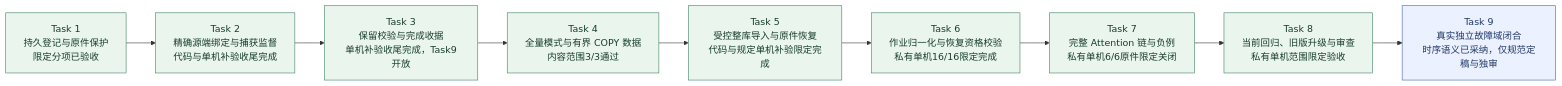
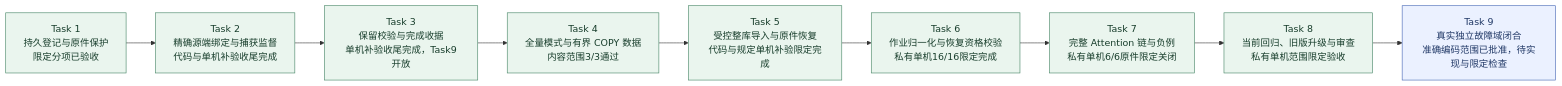
One commit to MansurnamedZhang/learning-system-p0c4 changed the second of 9 diagrams in docs/KnowWeave实施路线与系统架构.md. Above: the diagram before and after it, drawn with Mermaid. The commit also changed other lines of this file and 12 other files, not shown here.

````diff
--- a/docs/KnowWeave实施路线与系统架构.md
+++ b/docs/KnowWeave实施路线与系统架构.md
@@ -80,25 +80,25 @@
 ```mermaid
 flowchart LR
     C4T1["Task 1<br/>持久登记与原件保护<br/>限定分项已验收"]
     C4T2["Task 2<br/>精确源端绑定与捕获监督<br/>代码与单机补验收尾完成"]
     C4T3["Task 3<br/>保留校验与完成收据<br/>单机补验收尾完成，Task9开放"]
     C4T4["Task 4<br/>全量模式与有界 COPY 数据<br/>内容范围3/3通过"]
     C4T5["Task 5<br/>受控整库导入与原件恢复<br/>代码与规定单机补验限定完成"]
     C4T6["Task 6<br/>作业归一化与恢复资格校验<br/>私有单机16/16限定完成"]
     C4T7["Task 7<br/>完整 Attention 链与负例<br/>私有单机6/6原件限定关闭"]
     C4T8["Task 8<br/>当前回归、旧版升级与审查<br/>私有单机范围限定验收"]
-    C4T9["Task 9<br/>真实独立故障域闭合<br/>时序语义已采纳，仅规范定稿与独审"]
+    C4T9["Task 9<br/>真实独立故障域闭合<br/>准确编码范围已批准，待实现与限定检查"]
     C4T1 --> C4T2
     C4T2 --> C4T3
     C4T3 --> C4T4
     C4T4 --> C4T5
     C4T5 --> C4T6
     C4T6 --> C4T7
     C4T7 --> C4T8
     C4T8 --> C4T9
     class C4T1,C4T2,C4T3,C4T4,C4T5,C4T6,C4T7,C4T8 done
     class C4T9 next
     classDef done fill:#eaf5ee,stroke:#438363,color:#173d2b
     classDef next fill:#ebf1ff,stroke:#4365b4,color:#203866
     classDef planned fill:#f2f4f8,stroke:#8591a3,color:#28354b
 ```
````
